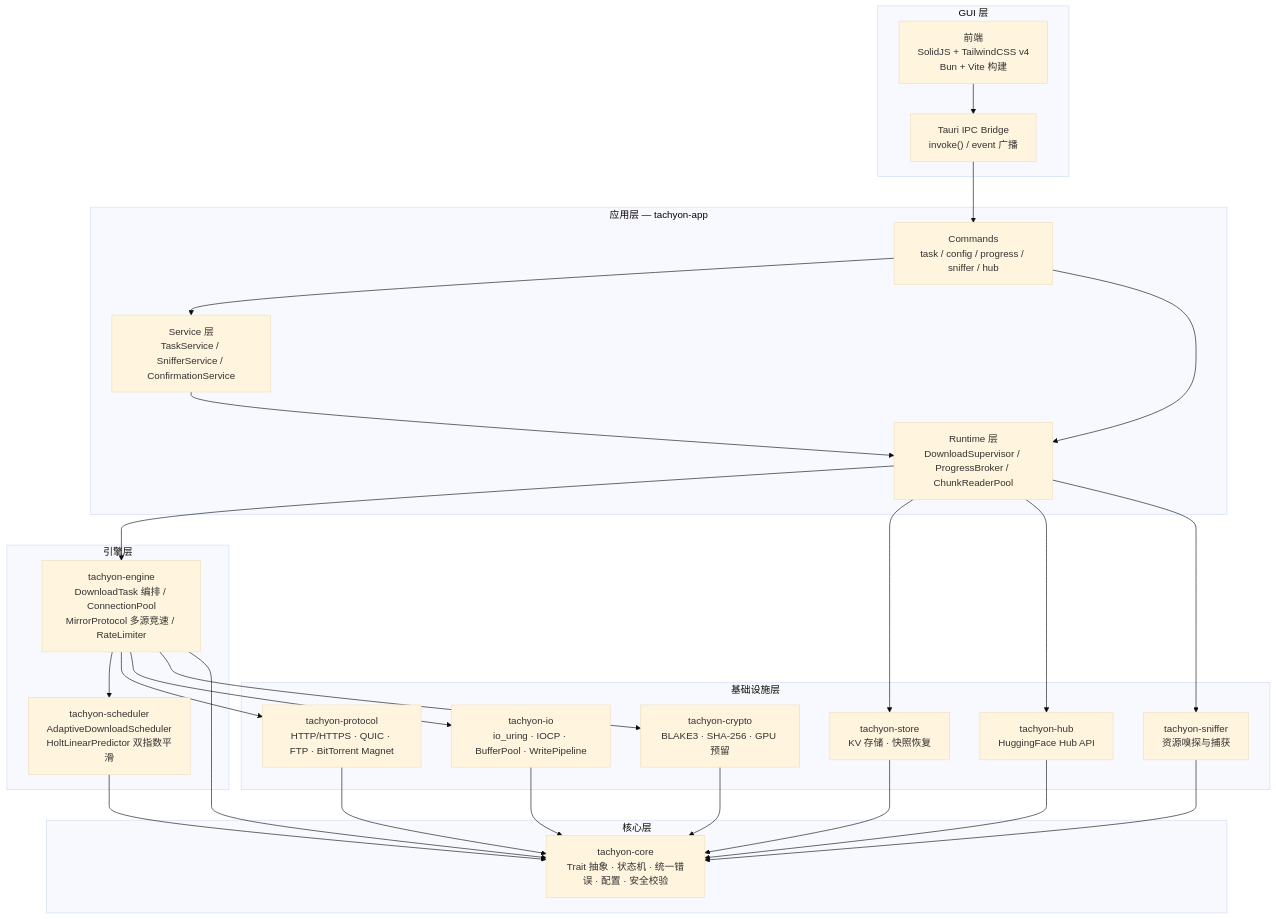
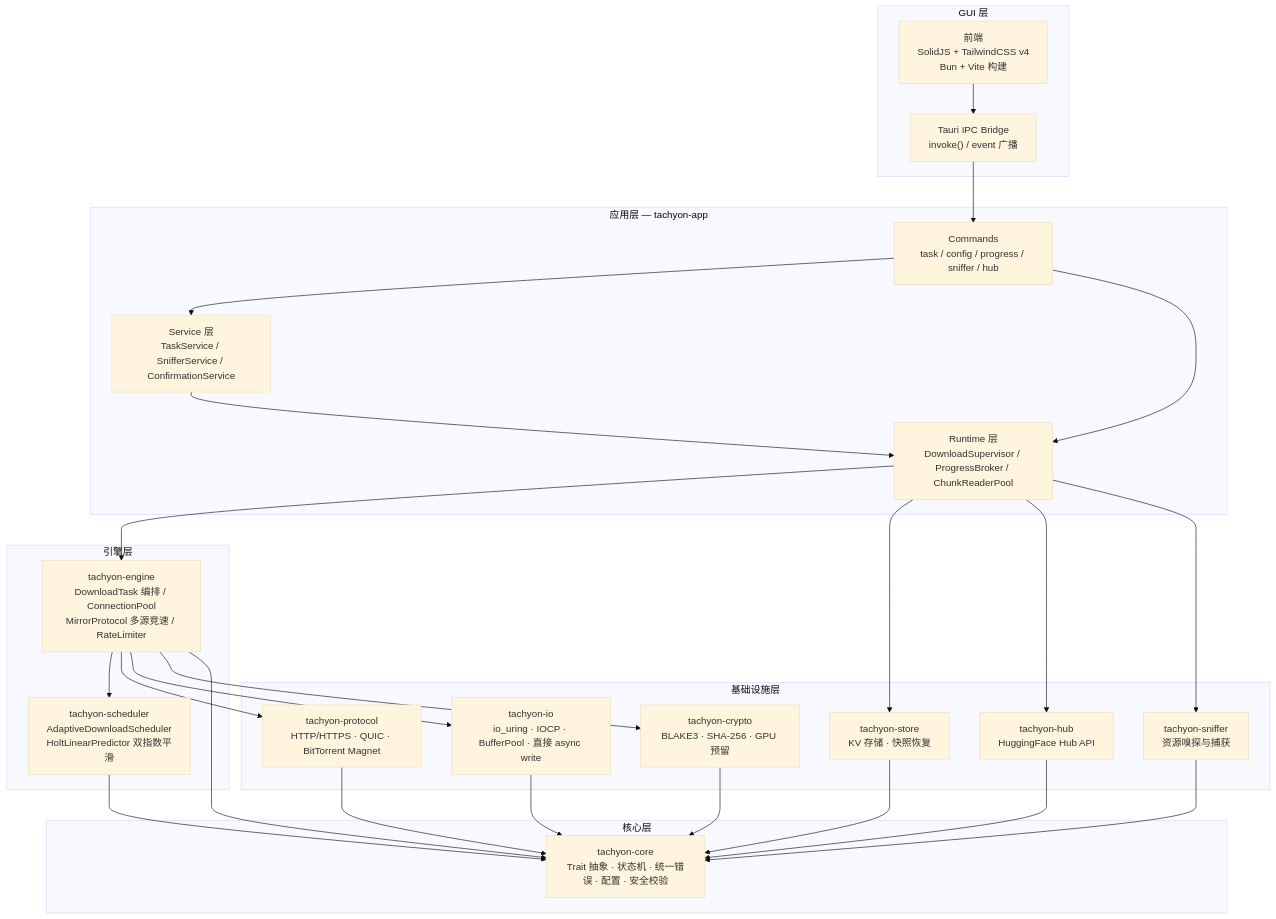
One commit to baiye2941/Tachyon changed the first of 7 diagrams in docs/architecture.md. Above: the diagram before and after it, drawn with Mermaid (base theme). The commit also changed other lines of this file and 153 other files, not shown here.

````diff
--- a/docs/architecture.md
+++ b/docs/architecture.md
@@ -34,52 +34,52 @@
 ```mermaid
 graph TB
     subgraph GUI["GUI 层"]
         FE["前端<br/>SolidJS + TailwindCSS v4<br/>Bun + Vite 构建"]
         IPC["Tauri IPC Bridge<br/>invoke() / event 广播"]
     end
 
     subgraph APP["应用层 — tachyon-app"]
         CMDS["Commands<br/>task / config / progress / sniffer / hub"]
         SVC["Service 层<br/>TaskService / SnifferService / ConfirmationService"]
         RT["Runtime 层<br/>DownloadSupervisor / ProgressBroker / ChunkReaderPool"]
     end
 
     subgraph ENGINE["引擎层"]
         ENG["tachyon-engine<br/>DownloadTask 编排 / ConnectionPool<br/>MirrorProtocol 多源竞速 / RateLimiter"]
         SCH["tachyon-scheduler<br/>AdaptiveDownloadScheduler<br/>HoltLinearPredictor 双指数平滑"]
     end
 
     subgraph INFRA["基础设施层"]
-        PROTO["tachyon-protocol<br/>HTTP/HTTPS · QUIC · FTP · BitTorrent Magnet"]
-        IO["tachyon-io<br/>io_uring · IOCP · BufferPool · WritePipeline"]
+        PROTO["tachyon-protocol<br/>HTTP/HTTPS · QUIC · BitTorrent Magnet"]
+        IO["tachyon-io<br/>io_uring · IOCP · BufferPool · 直接 async write"]
         CRYPT["tachyon-crypto<br/>BLAKE3 · SHA-256 · GPU 预留"]
         STORE["tachyon-store<br/>KV 存储 · 快照恢复"]
         HUB["tachyon-hub<br/>HuggingFace Hub API"]
         SNIFF["tachyon-sniffer<br/>资源嗅探与捕获"]
     end
 
     subgraph CORE["核心层"]
         CORELIB["tachyon-core<br/>Trait 抽象 · 状态机 · 统一错误 · 配置 · 安全校验"]
     end
 
     FE --> IPC --> CMDS
     CMDS --> SVC
     CMDS --> RT
     SVC --> RT
     RT --> ENG
     ENG --> SCH
     ENG --> PROTO
     ENG --> IO
     ENG --> CRYPT
     RT --> STORE
     RT --> HUB
     RT --> SNIFF
     PROTO --> CORELIB
     IO --> CORELIB
     CRYPT --> CORELIB
     STORE --> CORELIB
     HUB --> CORELIB
     SNIFF --> CORELIB
     SCH --> CORELIB
     ENG --> CORELIB
 ```
````
